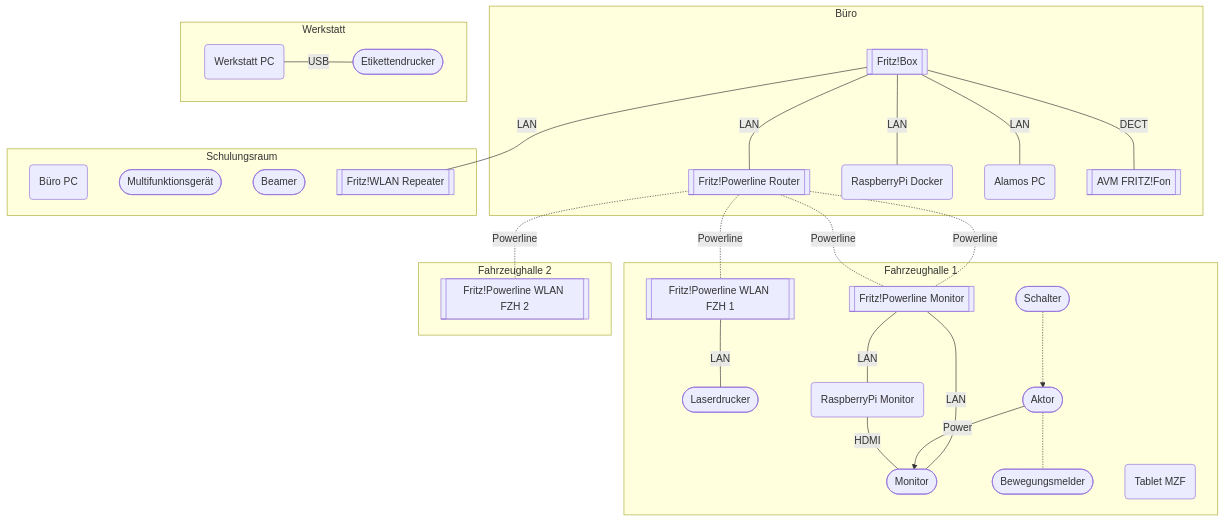
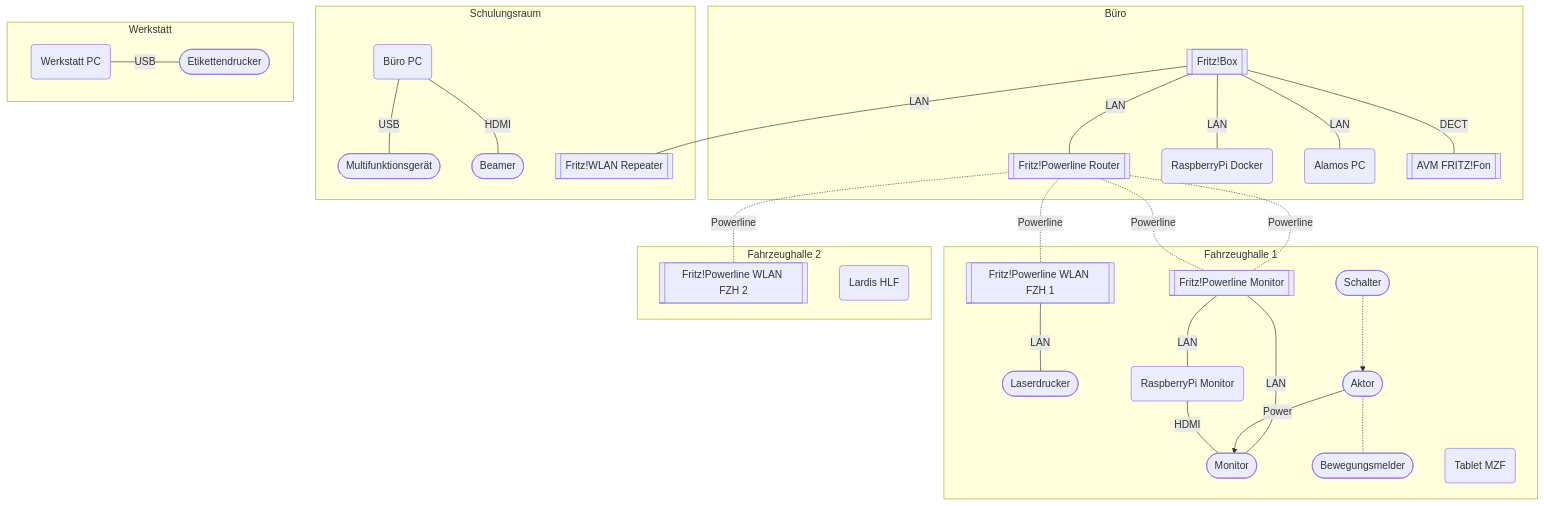
The diagram in docs/Dokumentation/Hardware/index.md (FFW-Baudenbach/FE2_Documentation), drawn with Mermaid before and after one commit. The commit also changed other lines of this file and 2 other files, not shown here.

Commit message:
Added Lardis, added smoke detectors

````diff
--- a/docs/Dokumentation/Hardware/index.md
+++ b/docs/Dokumentation/Hardware/index.md
@@ -12,67 +12,71 @@
 ```mermaid
 graph TD
 
     subgraph buero[Büro]
         router[[Fritz!Box]]
         pwl-rt[[Fritz!Powerline Router]]
         rpidoc(RaspberryPi Docker)
         fe2pc(Alamos PC)
         phone[[AVM FRITZ!Fon]]
         
         router---|LAN|pwl-rt
         router---|LAN|rpidoc
         router---|LAN|fe2pc
         router---|DECT|phone
     end
     
     subgraph schulungsraum[Schulungsraum]
         bueropc(Büro PC)
         copier([Multifunktionsgerät])
         beamer([Beamer])
         wlanrep[[Fritz!WLAN Repeater]]
         router---|LAN|wlanrep
+        
+        bueropc---|USB|copier
+        bueropc---|HDMI|beamer
     end
     
     subgraph werkstatt[Werkstatt]
         fmpc(Werkstatt PC)
         labelprinter([Etikettendrucker])
         
         fmpc---|USB|labelprinter
     end
     
     subgraph fzh1[Fahrzeughalle 1]
         pwl-fzh1[["Fritz!Powerline WLAN FZH&nbsp;1"]]
         pwl-mon[[Fritz!Powerline Monitor]]
         printer([Laserdrucker])
         monitor([Monitor])
         actor([Aktor])
         motion([Bewegungsmelder])
         plug([Schalter])
         rpimon(RaspberryPi Monitor)
         tablet(Tablet MZF)
 
        %% router---pwl-fzh1
        %% router---pwl-fzh2
        %% router---pwl-mon
 
         pwl-fzh1---|LAN|printer
         
         pwl-mon---|LAN|monitor
         pwl-mon---|LAN|rpimon
         
         plug-.->actor--Power-->monitor
         rpimon---|HDMI|monitor
         actor-.-motion
 
     end
     
     subgraph fzh2[Fahrzeughalle 2]
         pwl-fzh2[["Fritz!Powerline WLAN FZH&nbsp;2"]]
+        lardis-hlf(Lardis HLF)
     end
     
     pwl-rt-.-|Powerline|pwl-mon
     pwl-rt-.-|Powerline|pwl-fzh1
     pwl-rt-.-|Powerline|pwl-fzh2
     pwl-rt-.-|Powerline|pwl-mon
     
 ```
````
